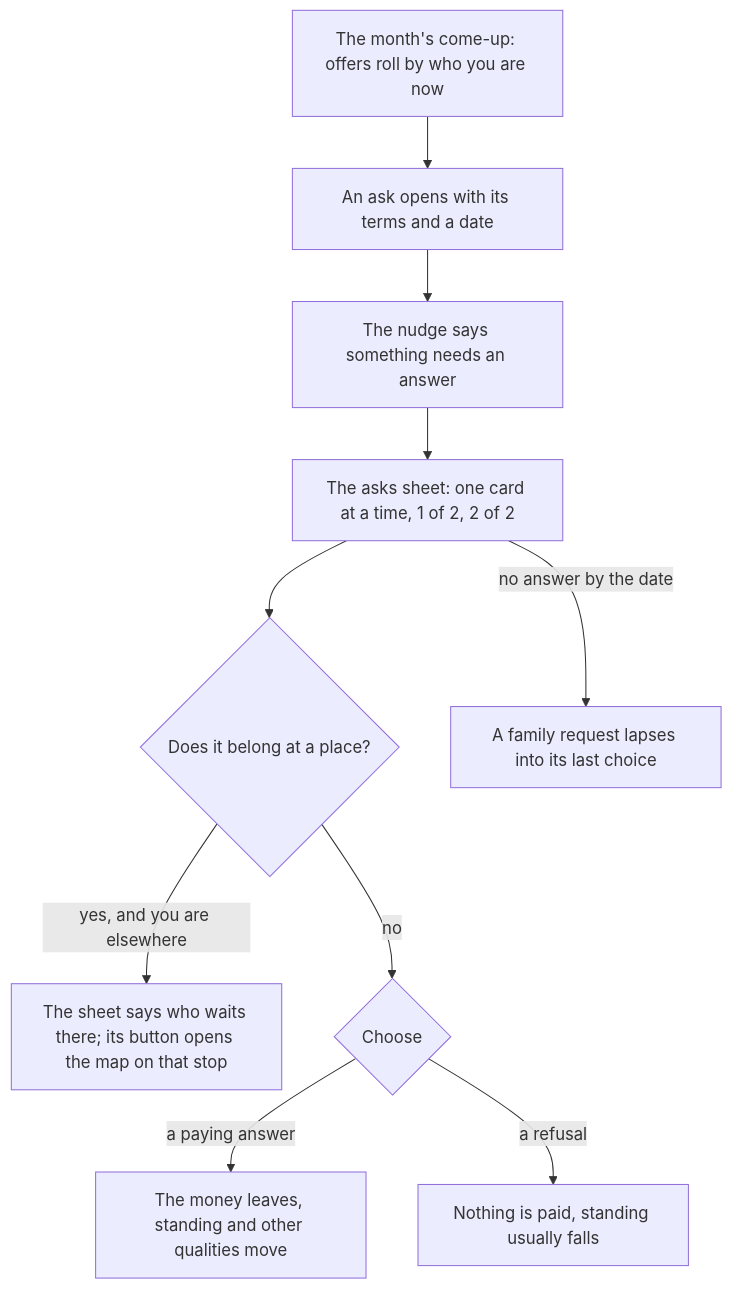
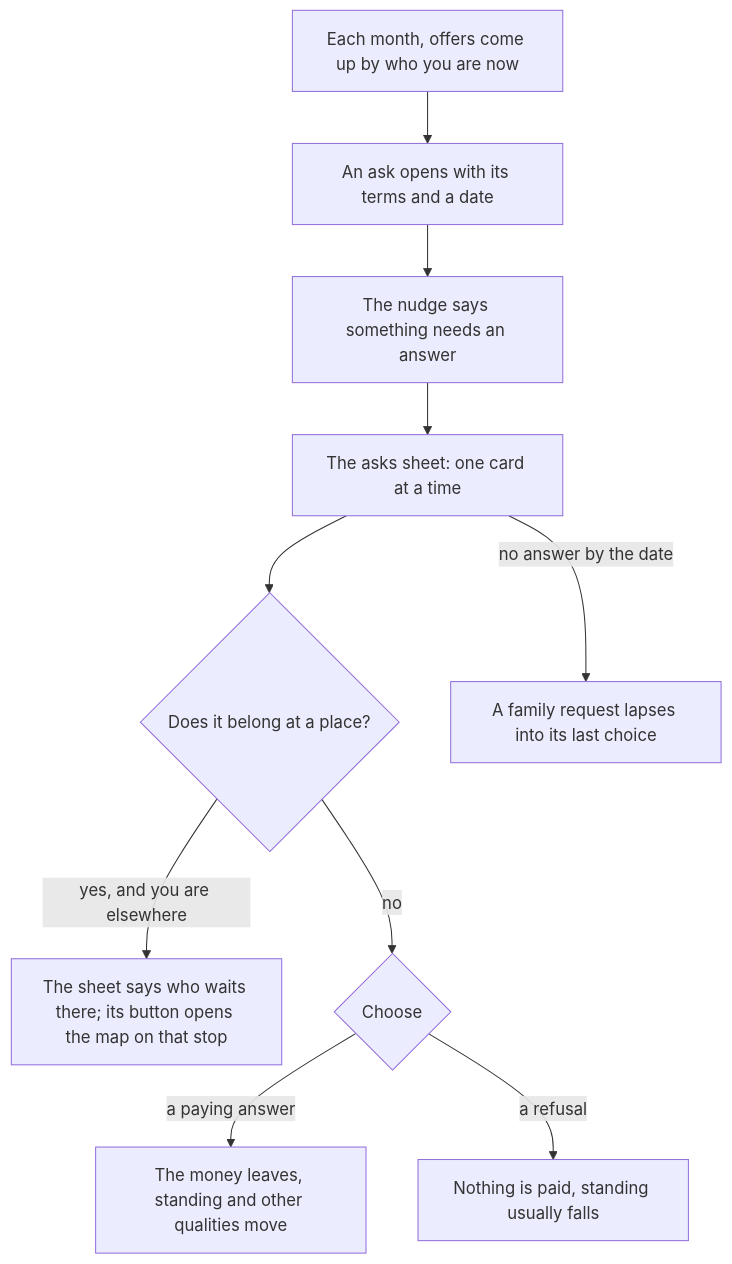
One commit to buildlab-studio/japacity changed the first of 3 diagrams in docs/site/plays/people.md. Above: the diagram before and after it, drawn with Mermaid. The commit also changed other lines of this file and 157 other files, not shown here.

Commit message:
docs: Give each fact one home and link it

````diff
--- a/docs/site/plays/people.md
+++ b/docs/site/plays/people.md
@@ -40,12 +33,12 @@
 ```mermaid
 flowchart TD
-  COME["The month's come-up: offers roll by who you are now"] --> OPEN["An ask opens with its terms and a date"]
+  COME["Each month, offers come up by who you are now"] --> OPEN["An ask opens with its terms and a date"]
   OPEN --> NUDGE["The nudge says something needs an answer"]
-  NUDGE --> SHEET["The asks sheet: one card at a time, 1 of 2, 2 of 2"]
+  NUDGE --> SHEET["The asks sheet: one card at a time"]
   SHEET --> PLACE{"Does it belong at a place?"}
   PLACE -- "yes, and you are elsewhere" --> GO["The sheet says who waits there; its button opens the map on that stop"]
   PLACE -- "no" --> CHOOSE{"Choose"}
   CHOOSE -- "a paying answer" --> PAY["The money leaves, standing and other qualities move"]
   CHOOSE -- "a refusal" --> NO["Nothing is paid, standing usually falls"]
   SHEET -- "no answer by the date" --> LAPSE["A family request lapses into its last choice"]
 ```
````
